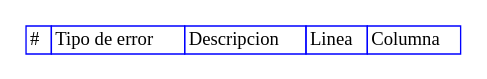
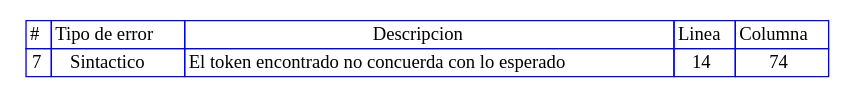
The diagram in out/production/Proyecto1/Graphviz/Errores17.dot (RojasCJP/Proyecto1_Compi1), drawn with Graphviz before and after one commit. The commit also changed 616 other files, not shown here.

```diff
--- a/out/production/Proyecto1/Graphviz/Errores17.dot
+++ b/out/production/Proyecto1/Graphviz/Errores17.dot
@@ -1,12 +1,13 @@
 digraph {
 
   tbl [
 
     shape=plaintext
     label=<
       <table border='0' cellborder='1' color='blue' cellspacing='0'>
-        <tr><td>#</td><td>Tipo de error</td><td>Descripcion</td><td>Linea</td><td>Columna</td></tr></table>
+        <tr><td>#</td><td>Tipo de error</td><td>Descripcion</td><td>Linea</td><td>Columna</td></tr><tr><td>7</td><td>Sintactico</td><td>El token encontrado no concuerda con lo esperado</td><td>14</td><td>74</td></tr>
+</table>
 
     >];
 
 }
```
